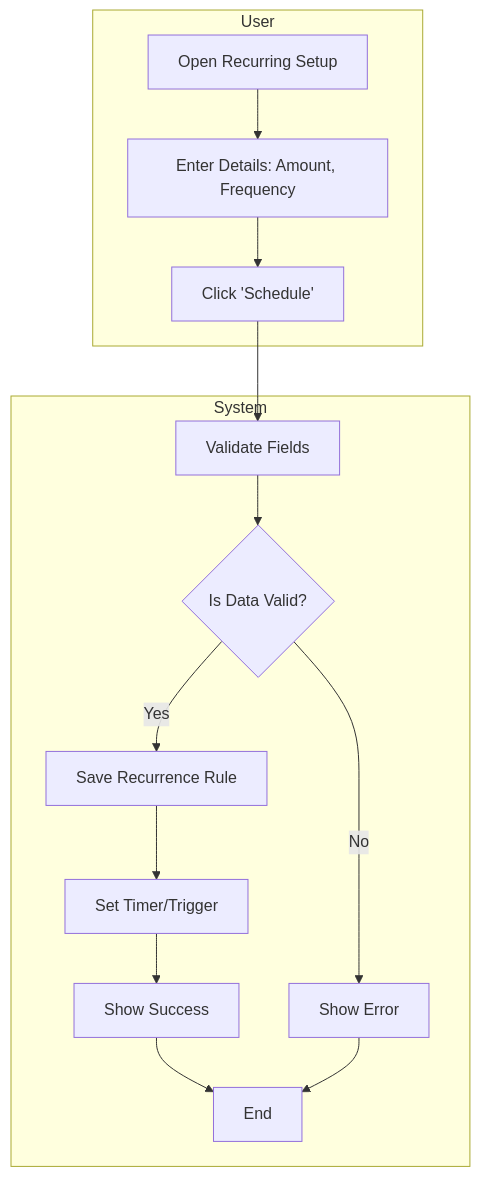
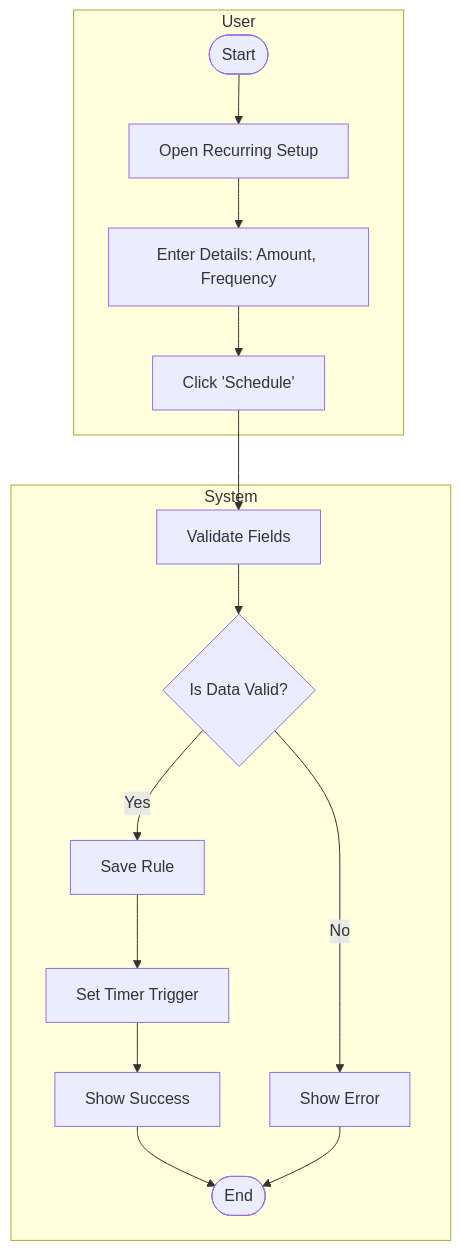
Before and after one commit to Wareezy/Budget_Tracker: the seventh of 8 diagrams in Assignment_8/ACTIVITY_DIAGRAMS.md, drawn with Mermaid. The commit also changed other lines of this file, not shown here.

````diff
--- a/Assignment_8/ACTIVITY_DIAGRAMS.md
+++ b/Assignment_8/ACTIVITY_DIAGRAMS.md
@@ -195,24 +153,16 @@
 ```mermaid
 
 flowchart TD
     subgraph User
-        A1[Open Recurring Setup]
-        A2[Enter Details: Amount, Frequency]
-        A3[Click 'Schedule']
+        A1([Start]) --> A2[Open Recurring Setup] --> A3[Enter Details: Amount, Frequency] --> A4[Click 'Schedule']
     end
 
     subgraph System
-        B1[Validate Fields]
-        B2{Is Data Valid?}
-        B3[Save Recurrence Rule]
-        B4[Set Timer/Trigger]
-        B5[Show Success]
-        B6[Show Error]
-        B7[End]
+        B1[Validate Fields] --> B2{Is Data Valid?}
+        B2 -- Yes --> B3[Save Rule] --> B4[Set Timer Trigger] --> B5[Show Success] --> B6([End])
+        B2 -- No --> B7[Show Error] --> B6
     end
 
-    A1 --> A2 --> A3 --> B1 --> B2
-    B2 -- Yes --> B3 --> B4 --> B5 --> B7
-    B2 -- No --> B6 --> B7
+    A4 --> B1
 
 ```
````
